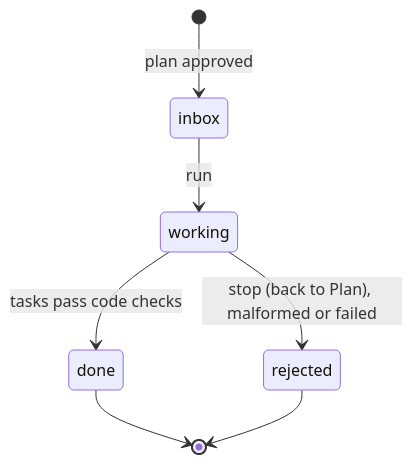
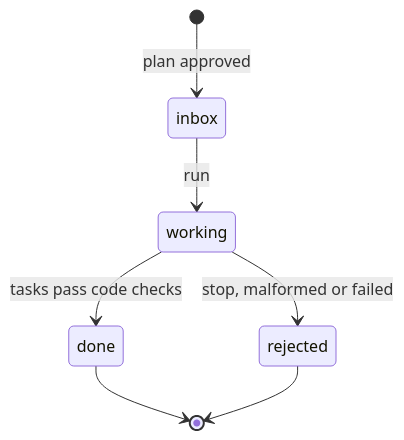
The diagram in nodes/split/diagrams.md (juancrfig/ergon), drawn with Mermaid before and after one commit. The commit also changed 25 other files, not shown here.

````diff
--- a/nodes/split/diagrams.md
+++ b/nodes/split/diagrams.md
@@ -7,9 +7,9 @@
 ```mermaid
 stateDiagram-v2
     [*] --> inbox: plan approved
     inbox --> working: run
     working --> done: tasks pass code checks
-    working --> rejected: stop (back to Plan), malformed or failed
+    working --> rejected: stop, malformed or failed
     done --> [*]
     rejected --> [*]
 ```
````
